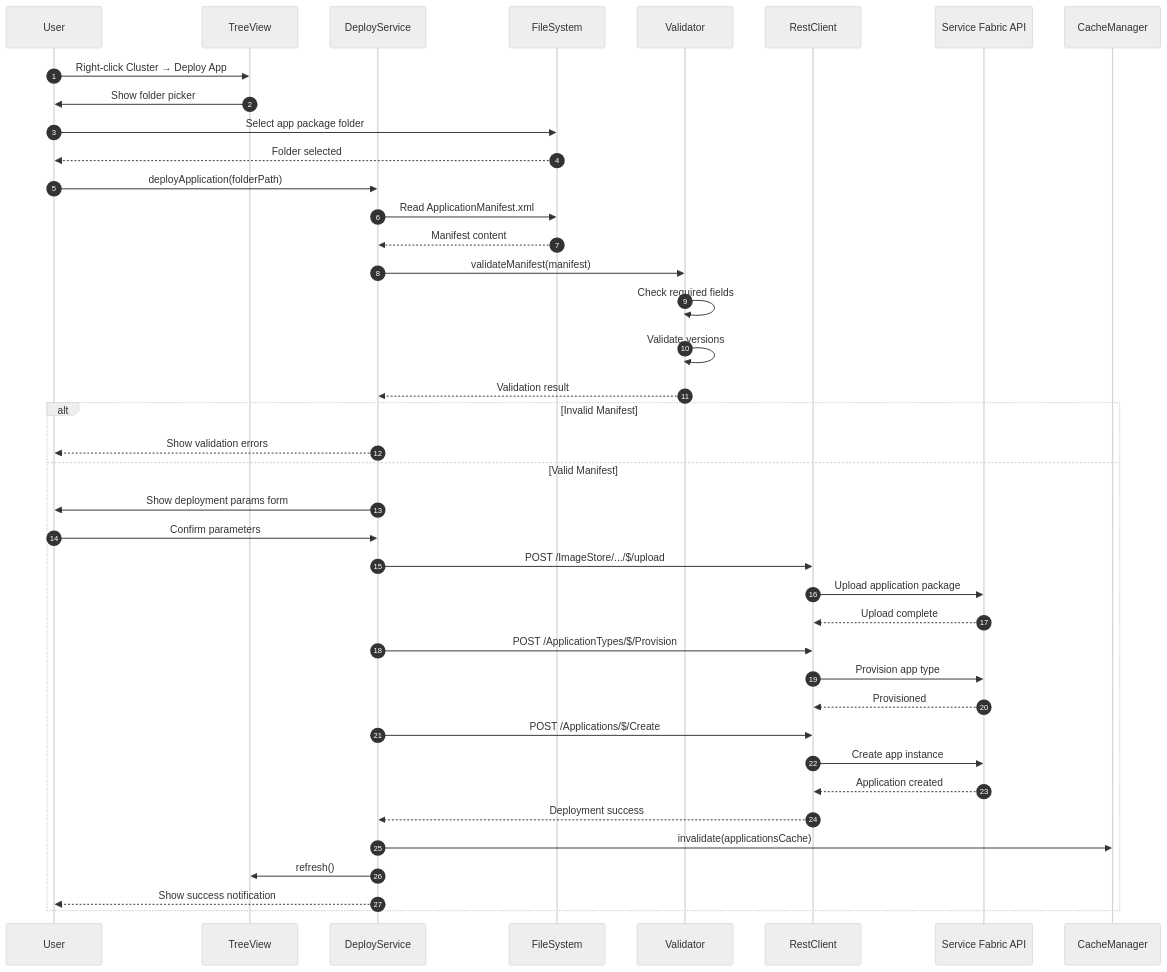
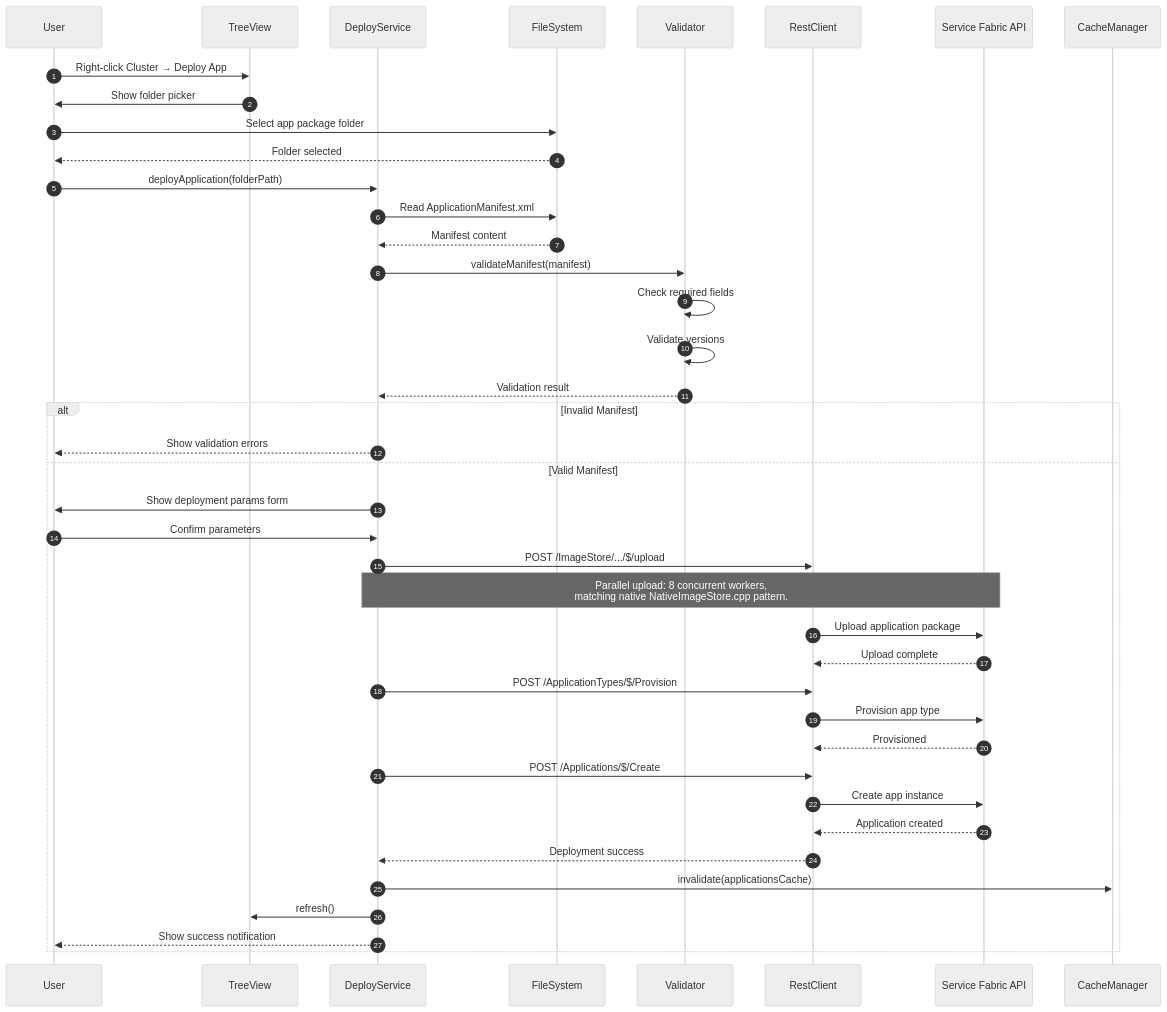
The sixth of 12 diagrams in docs/architecture/LOGICAL_ARCHITECTURE.md (jagilber/vscode-service-fabric-diagnostic-extension), drawn with Mermaid (neutral theme) before and after one commit. The commit also changed 5 other files, not shown here.

First line of the commit message:
docs: update architecture docs for parallel uploads and msbuild default

````diff
--- a/docs/architecture/LOGICAL_ARCHITECTURE.md
+++ b/docs/architecture/LOGICAL_ARCHITECTURE.md
@@ -222,50 +222,51 @@
 ```mermaid
 sequenceDiagram
     autonumber
     participant User
     participant TreeView
     participant DeployService
     participant FileSystem
     participant Validator
     participant RestClient
     participant SFAPI as Service Fabric API
     participant CacheManager
     
     User->>TreeView: Right-click Cluster → Deploy App
     TreeView->>User: Show folder picker
     User->>FileSystem: Select app package folder
     FileSystem-->>User: Folder selected
     
     User->>DeployService: deployApplication(folderPath)
     DeployService->>FileSystem: Read ApplicationManifest.xml
     FileSystem-->>DeployService: Manifest content
     
     DeployService->>Validator: validateManifest(manifest)
     Validator->>Validator: Check required fields
     Validator->>Validator: Validate versions
     Validator-->>DeployService: Validation result
     
     alt Invalid Manifest
         DeployService-->>User: Show validation errors
     else Valid Manifest
         DeployService->>User: Show deployment params form
         User->>DeployService: Confirm parameters
         
         DeployService->>RestClient: POST /ImageStore/.../$/upload
+        Note over DeployService,SFAPI: Parallel upload: 8 concurrent workers,<br/>matching native NativeImageStore.cpp pattern.
         RestClient->>SFAPI: Upload application package
         SFAPI-->>RestClient: Upload complete
         
         DeployService->>RestClient: POST /ApplicationTypes/$/Provision
         RestClient->>SFAPI: Provision app type
         SFAPI-->>RestClient: Provisioned
         
         DeployService->>RestClient: POST /Applications/$/Create
         RestClient->>SFAPI: Create app instance
         SFAPI-->>RestClient: Application created
         
         RestClient-->>DeployService: Deployment success
         DeployService->>CacheManager: invalidate(applicationsCache)
         DeployService->>TreeView: refresh()
         DeployService-->>User: Show success notification
     end
 ```
````
